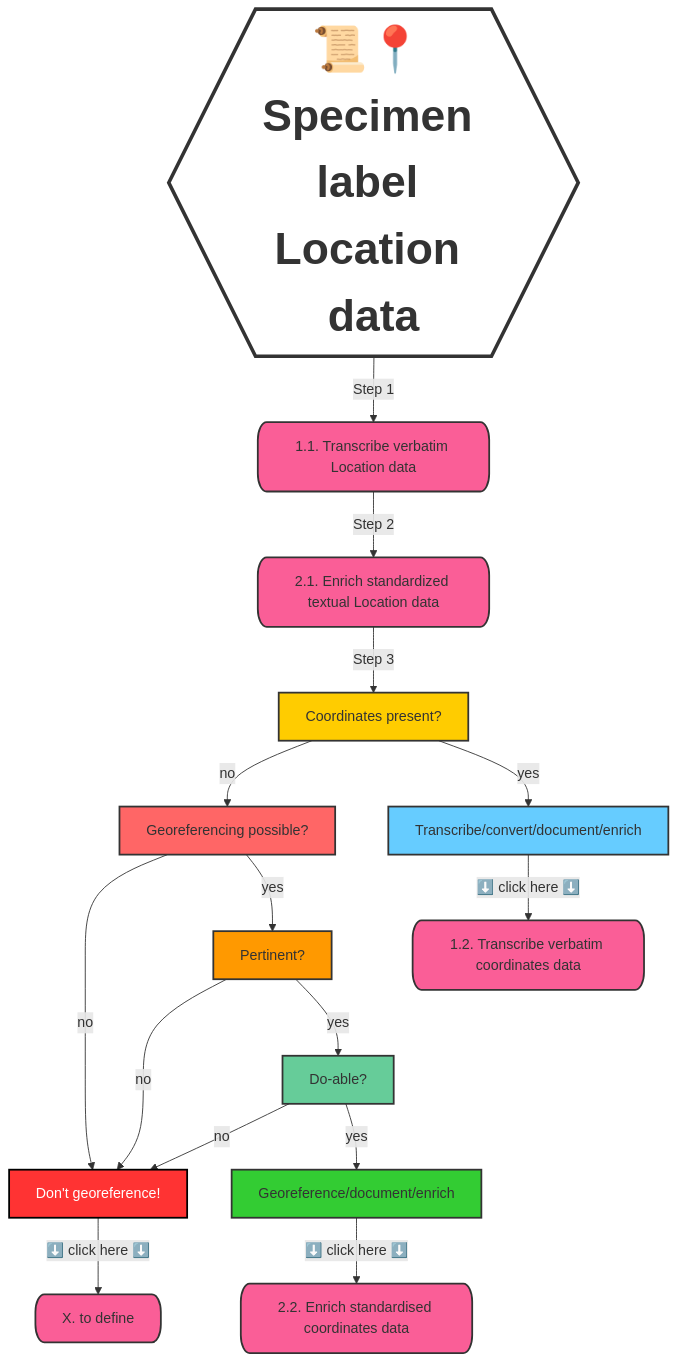
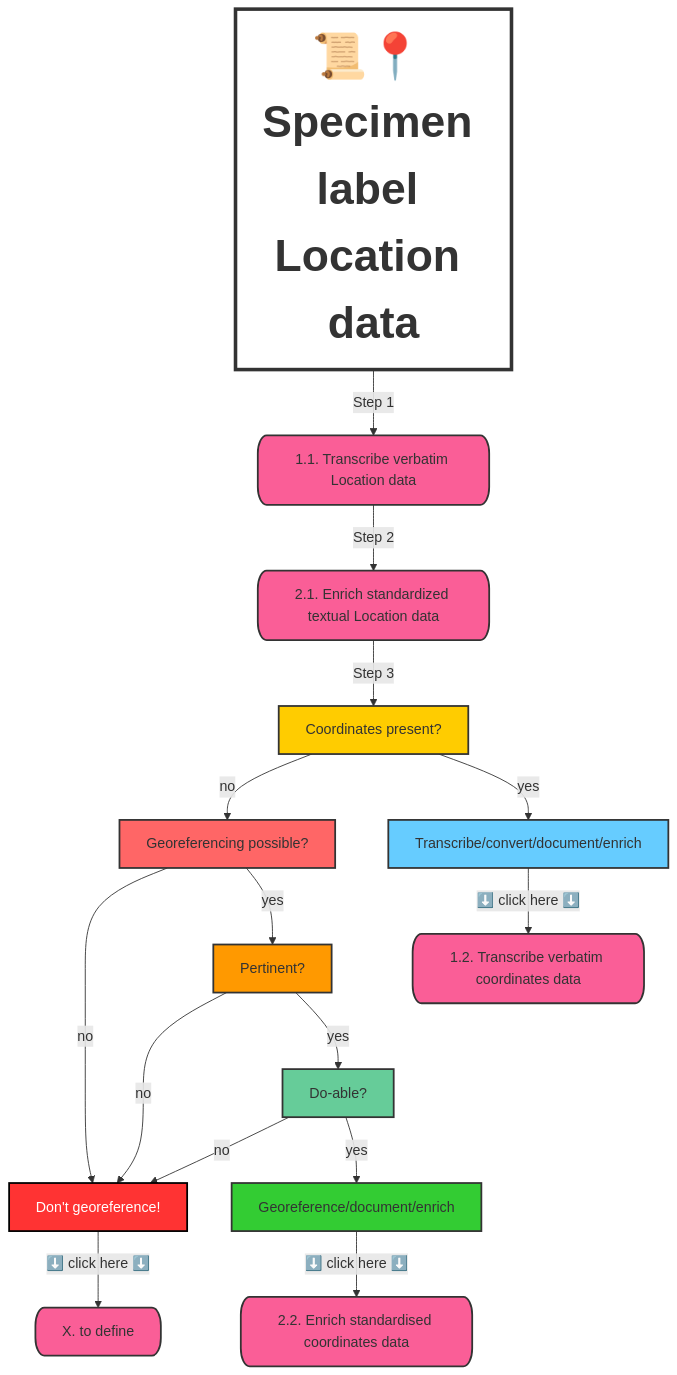
One commit to gbif/hp-swissnatcoll changed the diagram in en/thematicCommunities/GEOREFERENCING/geo_protocole.md. Above: the diagram before and after it, drawn with Mermaid.

```diff
--- a/en/thematicCommunities/GEOREFERENCING/geo_protocole.md
+++ b/en/thematicCommunities/GEOREFERENCING/geo_protocole.md
@@ -39,41 +39,41 @@
 <div class="mermaid">
 graph TD;
-    Start{{📜📍 Specimen label Location data}} --> |Step 1| Step1[1.1. Transcribe verbatim Location data];
+    Start[📜📍 Specimen label Location data] --> |Step 1| Step1[1.1. Transcribe verbatim Location data];
     Step1 --> |Step 2| Step2[2.1. Enrich standardized textual Location data];
 
     %% Decision Graph in Step 3
     Step2 --> |Step 3| A[Coordinates present?];
     A[Coordinates present?] -->|no| B[Georeferencing possible?];
     A -->|yes| C[Transcribe/convert/document/enrich];
     B --> |no| D[Don't georeference!];
     B --> |yes| E[Pertinent?];
     E --> |no| D;
     E --> |yes| F[Do-able?];
     F --> |no| D;
     F --> |yes| G[Georeference/document/enrich];
     C -->|⬇️ ️click here ⬇️| H[1.2. Transcribe verbatim coordinates data];
     G -->|⬇️ ️click here ⬇️| I[2.2. Enrich standardised coordinates data];
     D -->|⬇️ ️click here ⬇️| J[X. to define];
 
     %% Apply Colors
     style Start fill:#FFFFFF,stroke:#333,stroke-width:4px,font-weight:bold,font-size:50px;;
     style A fill:#ffcc00,stroke:#333,stroke-width:2px;
     style B fill:#ff6666,stroke:#333,stroke-width:2px;
     style C fill:#66ccff,stroke:#333,stroke-width:2px;
     style D fill:#ff3333,stroke:#000,stroke-width:2px,color:white;
     style E fill:#ff9900,stroke:#333,stroke-width:2px;
     style F fill:#66cc99,stroke:#333,stroke-width:2px;
     style G fill:#33cc33,stroke:#333,stroke-width:2px;
     style H fill:#FA5E97,stroke:#333,stroke-width:2px,rx:10px,ry:20px;
     style I fill:#FA5E97,stroke:#333,stroke-width:2px,rx:10px,ry:20px;
     style J fill:#FA5E97,stroke:#333,stroke-width:2px,rx:10px,ry:20px;
     style Step1 fill:#FA5E97,stroke:#333,stroke-width:2px,rx:10px,ry:20px;
     style Step2 fill:#FA5E97,stroke:#333,stroke-width:2px,rx:10px,ry:20px;
 
     
     %% Define the hyperlink
     click H "/en/geo-protocole#12-transcribe-verbatim-coordinates-data"
     click I "/en/geo-protocole#22-enrich-standardised-coordinates-data"
     click Step1 "en/geo-protocole#11-step-1-transcribe-verbatim-location-data"
     click Step2 "en/geo-protocole#21-enrich-standardised-textual-location-data"
 </div>
```
